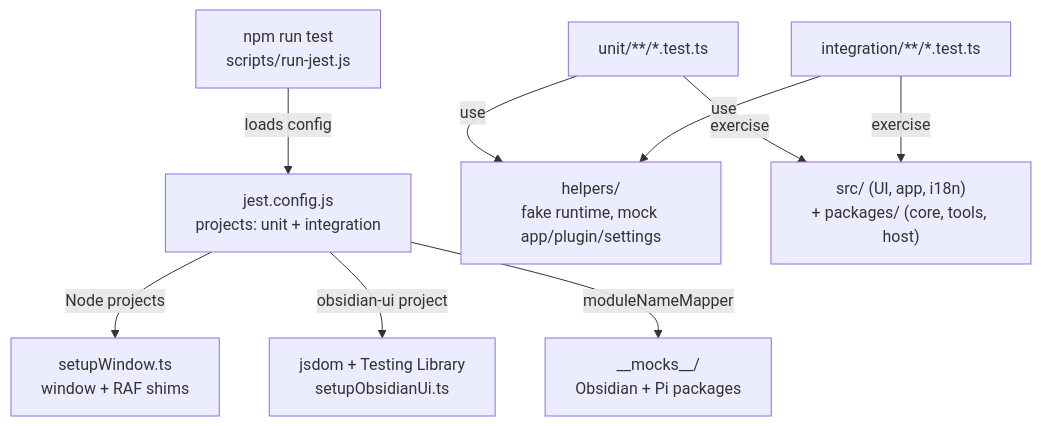
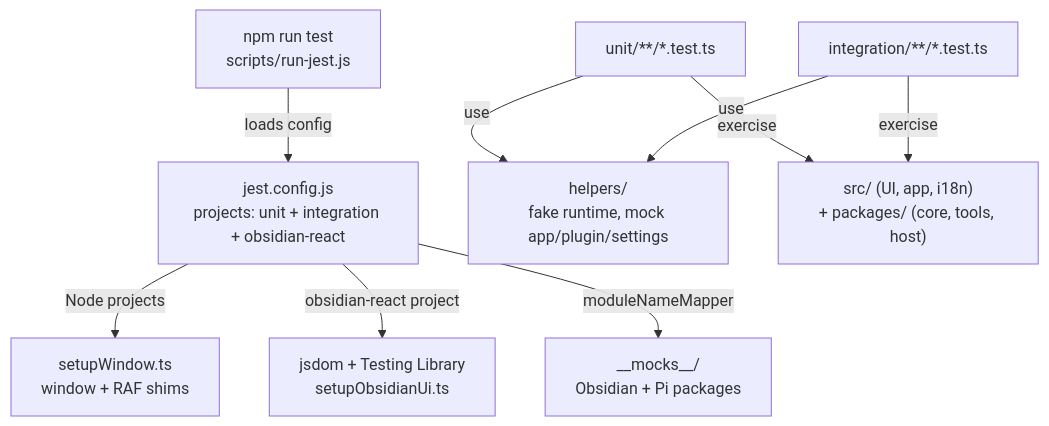
Before and after one commit to shuuul/obsidian-pivi: the diagram in tests/AGENTS.md, drawn with Mermaid. The commit also changed other lines of this file and 335 other files, not shown here.

First line of the commit message:
refactor(architecture): enforce package and UI boundaries

````diff
--- a/tests/AGENTS.md
+++ b/tests/AGENTS.md
@@ -9,11 +9,11 @@
 ```mermaid
 flowchart TD
-  Runner["npm run test<br/>scripts/run-jest.js"] -- "loads config" --> Jest["jest.config.js<br/>projects: unit + integration"]
+  Runner["npm run test<br/>scripts/run-jest.js"] -- "loads config" --> Jest["jest.config.js<br/>projects: unit + integration + obsidian-react"]
   Jest -- "Node projects" --> Window["setupWindow.ts<br/>window + RAF shims"]
-  Jest -- "obsidian-ui project" --> React["jsdom + Testing Library<br/>setupObsidianUi.ts"]
+  Jest -- "obsidian-react project" --> React["jsdom + Testing Library<br/>setupObsidianUi.ts"]
   Jest -- "moduleNameMapper" --> Mocks["__mocks__/<br/>Obsidian + Pi packages"]
   Unit["unit/**/*.test.ts"] -- "use" --> Helpers["helpers/<br/>fake runtime, mock app/plugin/settings"]
   Integration["integration/**/*.test.ts"] -- "use" --> Helpers
   Unit -- "exercise" --> Codebase["src/ (UI, app, i18n)<br/>+ packages/ (core, tools, host)"]
   Integration -- "exercise" --> Codebase
 ```
````
